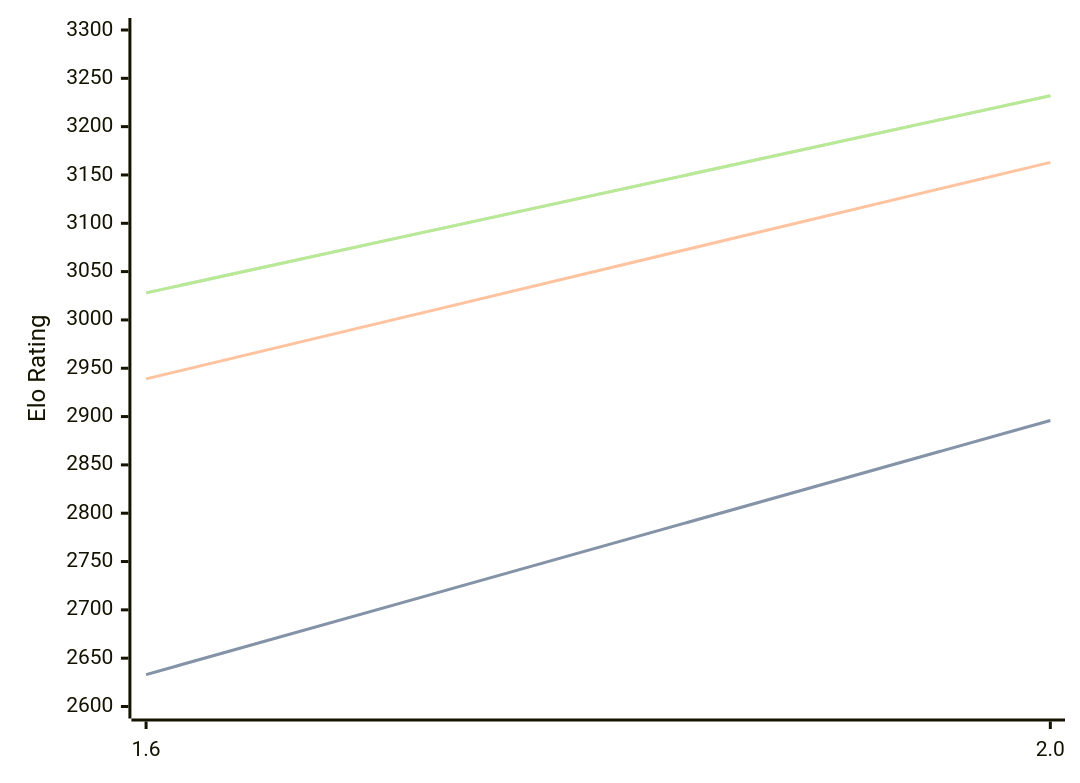
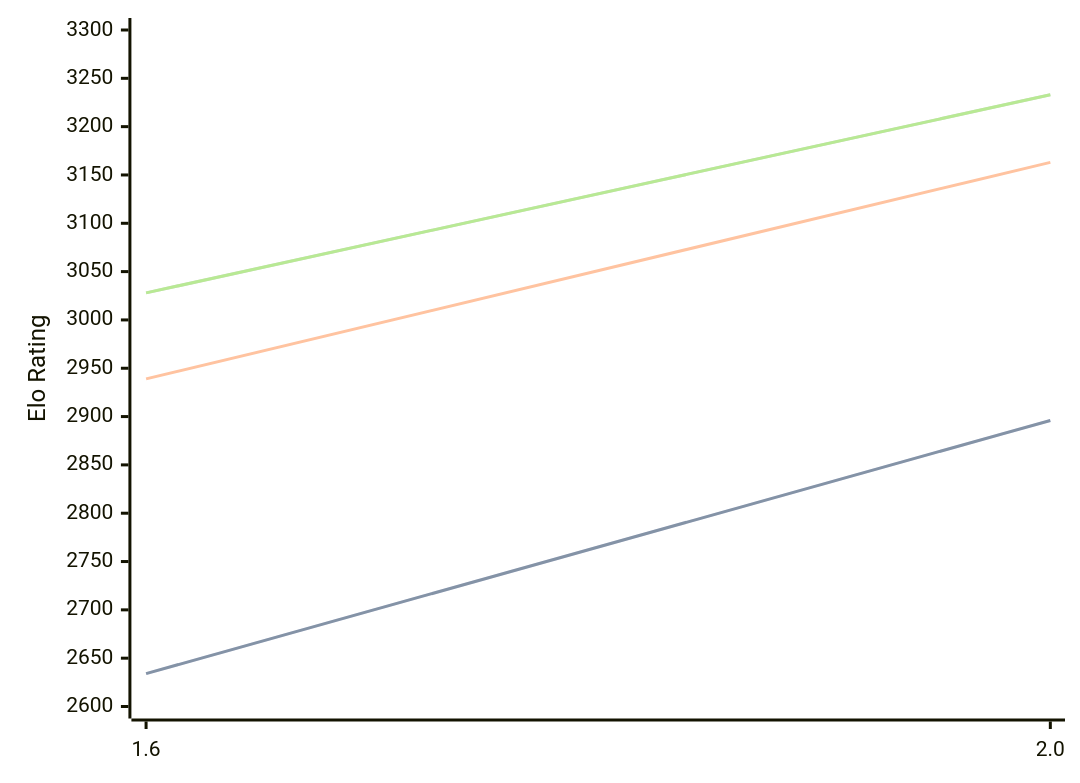
The diagram in engines/Onyx.md (computer-chess-index/cci), drawn with Mermaid before and after one commit. The commit also changed other lines of this file, not shown here.

Commit message:
Update CCI Ratings (ELO VLTC) - 2026-10-07

````diff
--- a/engines/Onyx.md
+++ b/engines/Onyx.md
@@ -32,11 +32,11 @@
 ```mermaid
 %%{init: {"theme":"base","themeVariables":{"seriesColors:['#a3a3a3','#222221','#faa371']}}}%%
 xychart-beta
   x-axis ["1.6", "2.0"]
   y-axis "Elo Rating" 2600 --> 3300
-  line "" [2633, 2896]
-  line "STC (8.0+0.08s)" [2633, 2896]
+  line "" [2634, 2896]
+  line "STC (8.0+0.08s)" [2634, 2896]
   line "LTC (60.0+0.60s)" [2939, 3163]
-  line "" [3028, 3232]
-  line "VLTC (2m24s+1.12s)" [3028, 3232]
+  line "" [3028, 3233]
+  line "VLTC (2m24s+1.12s)" [3028, 3233]
 ```
````
